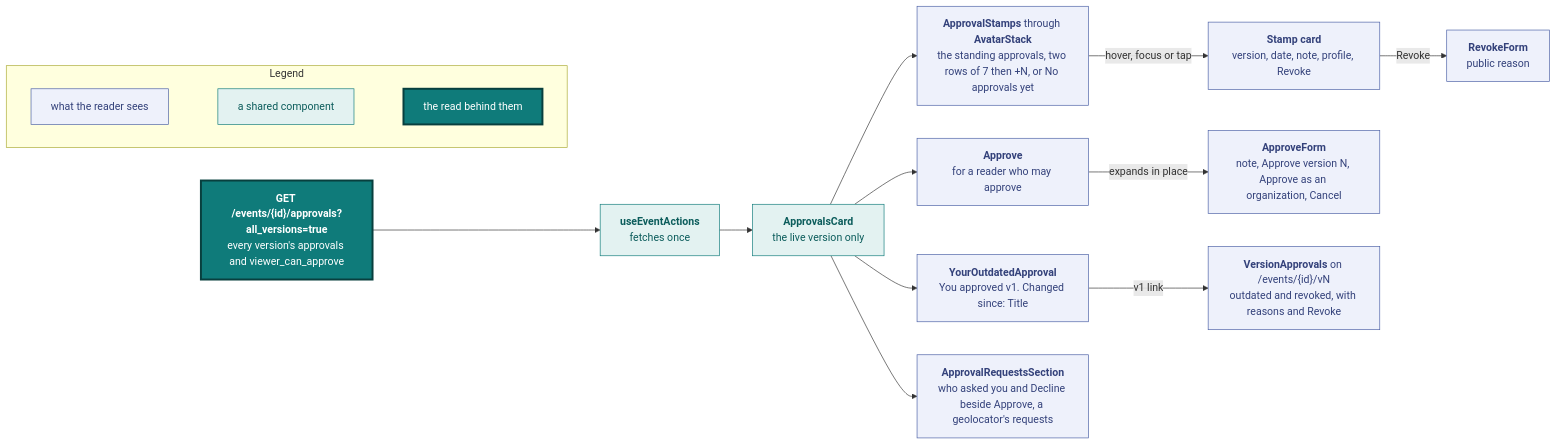
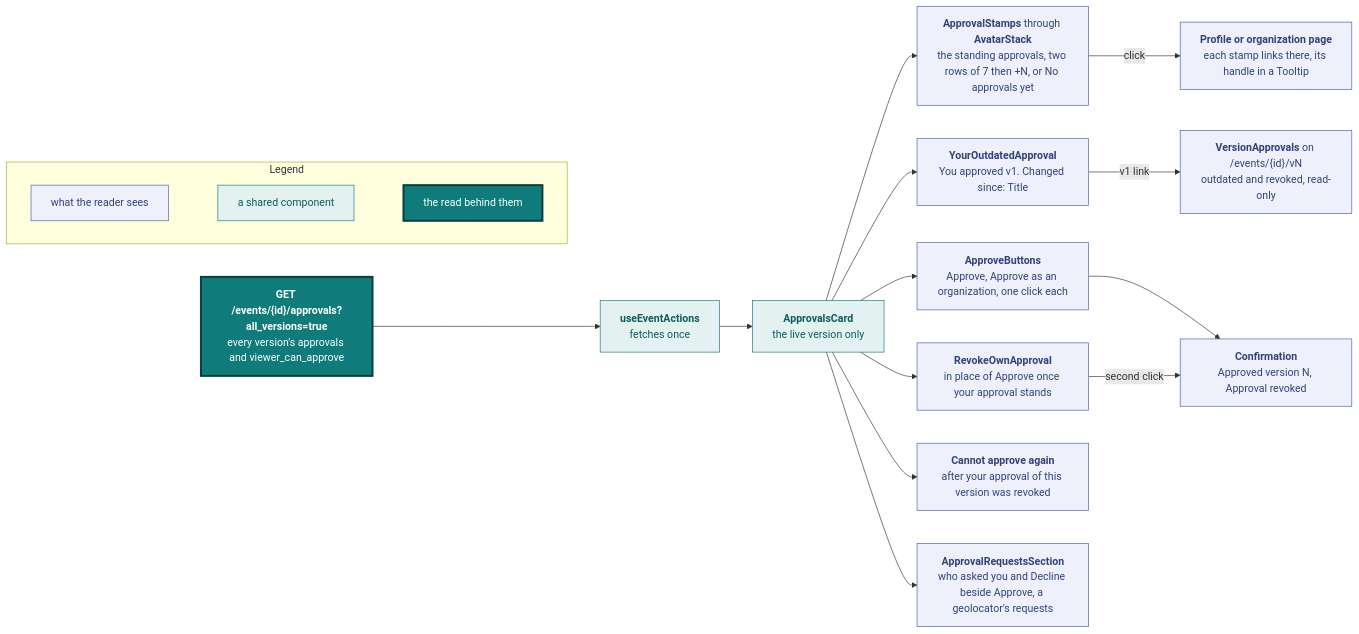
One commit to vidithq/vidit changed the sixth of 11 diagrams in docs/design.md. Above: the diagram before and after it, drawn with Mermaid. The commit also changed other lines of this file and 50 other files, not shown here.

First line of the commit message:
feat(approvals): optional revoke reason, revoke notice and qa fixes

````diff
--- a/docs/design.md
+++ b/docs/design.md
@@ -592,47 +592,51 @@
 ```mermaid
 flowchart LR
   classDef spec fill:#eef1fb,stroke:#4a5fa5,color:#33417a
   classDef shared fill:#e3f2f1,stroke:#0f7b7a,color:#0b5c5b
   classDef core fill:#0f7b7a,stroke:#083f3e,stroke-width:3px,color:#ffffff
 
   subgraph legend [Legend]
     direction LR
     l1["`what the reader sees`"]:::spec
     l2["`a shared component`"]:::shared
     l3["`the read behind them`"]:::core
     l1 ~~~ l2 ~~~ l3
   end
 
   read["`**GET /events/{id}/approvals?all_versions=true**
   every version's approvals and viewer_can_approve`"]:::core
   hook["`**useEventActions**
   fetches once`"]:::shared
   card["`**ApprovalsCard**
   the live version only`"]:::shared
   stamps["`**ApprovalStamps** through **AvatarStack**
   the standing approvals, two rows of 7 then +N, or No approvals yet`"]:::spec
-  stampcard["`**Stamp card**
-  version, date, note, profile, Revoke`"]:::spec
-  revoke["`**RevokeForm**
-  public reason`"]:::spec
+  page["`**Profile or organization page**
+  each stamp links there, its handle in a Tooltip`"]:::spec
+  notice["`**Confirmation**
+  Approved version N, Approval revoked`"]:::spec
   own["`**YourOutdatedApproval**
   You approved v1. Changed since: Title`"]:::spec
-  approve["`**Approve**
-  for a reader who may approve`"]:::spec
-  form["`**ApproveForm**
-  note, Approve version N, Approve as an organization, Cancel`"]:::spec
+  approve["`**ApproveButtons**
+  Approve, Approve as an organization, one click each`"]:::spec
+  revoke["`**RevokeOwnApproval**
+  in place of Approve once your approval stands`"]:::spec
+  again["`**Cannot approve again**
+  after your approval of this version was revoked`"]:::spec
   requests["`**ApprovalRequestsSection**
   who asked you and Decline beside Approve, a geolocator's requests`"]:::spec
   vn["`**VersionApprovals** on /events/{id}/vN
-  outdated and revoked, with reasons and Revoke`"]:::spec
+  outdated and revoked, read-only`"]:::spec
 
   read --> hook --> card
   card --> stamps
   card --> own
   card --> approve
+  card --> revoke
+  card --> again
   card --> requests
-  stamps -->|"hover, focus or tap"| stampcard
-  stampcard -->|"Revoke"| revoke
-  approve -->|"expands in place"| form
+  stamps -->|"click"| page
+  approve --> notice
+  revoke -->|"second click"| notice
   own -->|"v1 link"| vn
 ```
````
